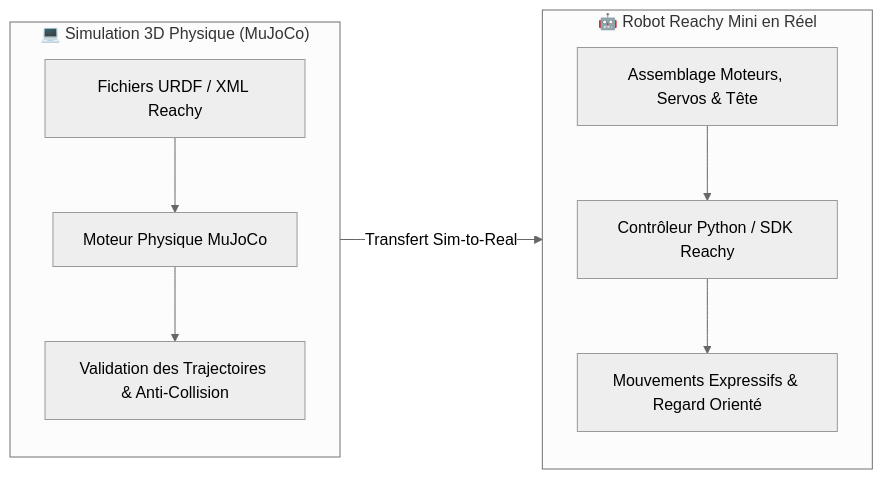
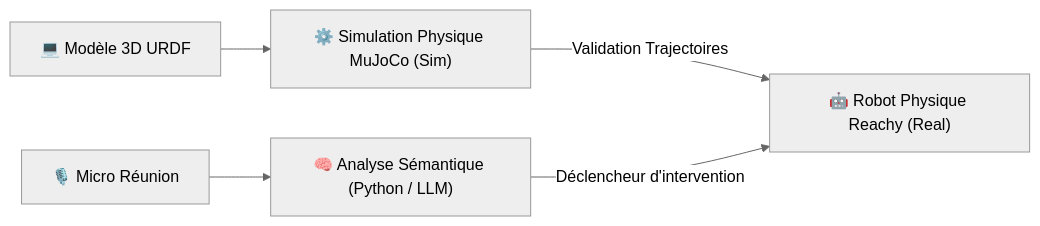
One commit to emiliejng/second-brain-Emilie changed the diagram in 01 - Projects/Stage OnePoint - AI Lab/Fiches Techniques/FT06 - Reachy Mini Robotique et MuJoCo.md. Above: the diagram before and after it, drawn with Mermaid (neutral theme). The commit also changed other lines of this file and 10 other files, not shown here.

````diff
--- a/01 - Projects/Stage OnePoint - AI Lab/Fiches Techniques/FT06 - Reachy Mini Robotique et MuJoCo.md
+++ b/01 - Projects/Stage OnePoint - AI Lab/Fiches Techniques/FT06 - Reachy Mini Robotique et MuJoCo.md
@@ -35,12 +43,7 @@
 ```mermaid
 flowchart LR
-    subgraph Virtuel["💻 Simulation 3D Physique (MuJoCo)"]
-        A["Fichiers URDF / XML Reachy"] --> B["Moteur Physique MuJoCo"]
-        B --> C["Validation des Trajectoires & Anti-Collision"]
-    end
-    subgraph Physique["🤖 Robot Reachy Mini en Réel"]
-        D["Assemblage Moteurs, Servos & Tête"] --> E["Contrôleur Python / SDK Reachy"]
-        E --> F["Mouvements Expressifs & Regard Orienté"]
-    end
-    Virtuel -->|"Transfert Sim-to-Real"| Physique
+    A["💻 Modèle 3D URDF"] --> B["⚙️ Simulation Physique MuJoCo (Sim)"]
+    B -->|"Validation Trajectoires"| C["🤖 Robot Physique Reachy (Real)"]
+    D["🎙️ Micro Réunion"] --> E["🧠 Analyse Sémantique (Python / LLM)"]
+    E -->|"Déclencheur d'intervention"| C
 ```
````
